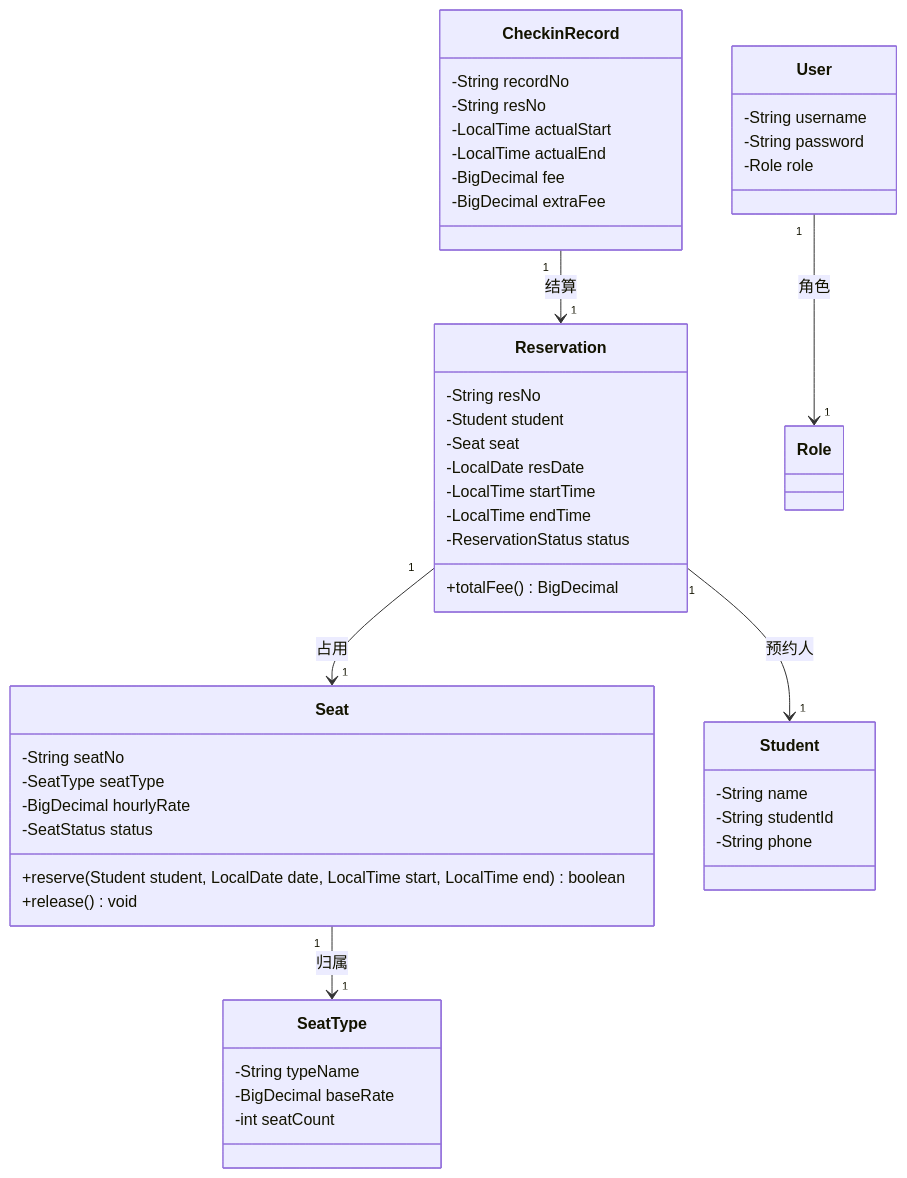
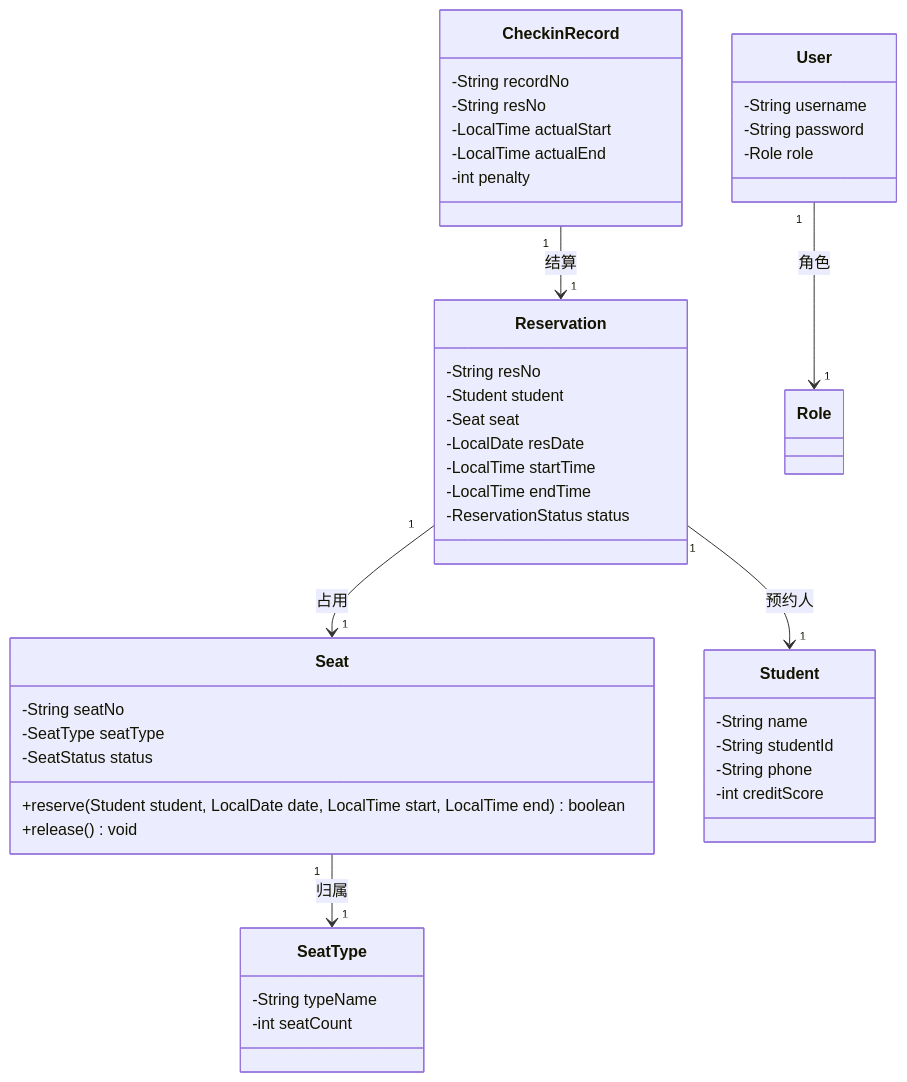
Before and after one commit to STU-team/Study_Room_Reservation: the diagram in docs/contract/接口契约.md, drawn with Mermaid. The commit also changed other lines of this file and 5 other files, not shown here.

````diff
--- a/docs/contract/接口契约.md
+++ b/docs/contract/接口契约.md
@@ -60,49 +68,46 @@
 ```mermaid
 classDiagram
     class Seat {
         -String seatNo
         -SeatType seatType
-        -BigDecimal hourlyRate
         -SeatStatus status
         +reserve(Student student, LocalDate date, LocalTime start, LocalTime end) boolean
         +release() void
     }
     class SeatType {
         -String typeName
-        -BigDecimal baseRate
         -int seatCount
     }
     class Student {
         -String name
         -String studentId
         -String phone
+        -int creditScore
     }
     class Reservation {
         -String resNo
         -Student student
         -Seat seat
         -LocalDate resDate
         -LocalTime startTime
         -LocalTime endTime
         -ReservationStatus status
-        +totalFee() BigDecimal
     }
     class CheckinRecord {
         -String recordNo
         -String resNo
         -LocalTime actualStart
         -LocalTime actualEnd
-        -BigDecimal fee
-        -BigDecimal extraFee
+        -int penalty
     }
     class User {
         -String username
         -String password
         -Role role
     }
     Seat "1" --> "1" SeatType : 归属
     User "1" --> "1" Role : 角色
     Reservation "1" --> "1" Seat : 占用
     Reservation "1" --> "1" Student : 预约人
     CheckinRecord "1" --> "1" Reservation : 结算
 ```
````
